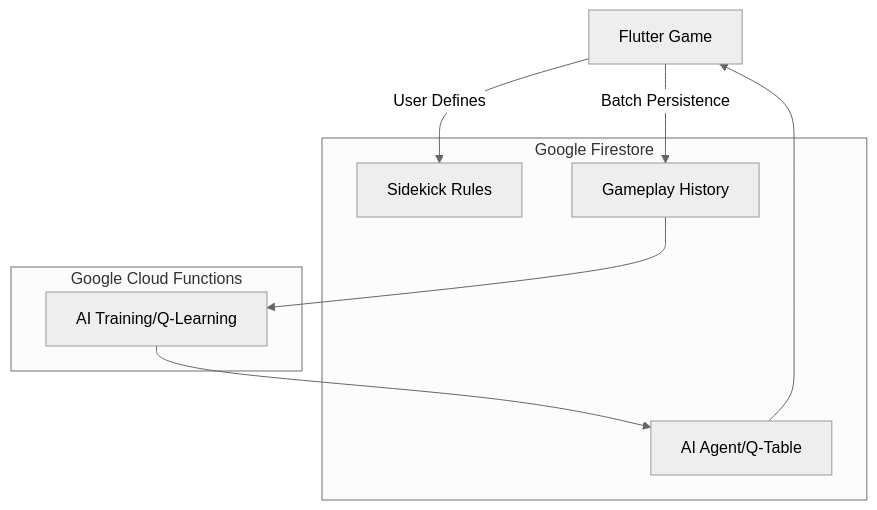
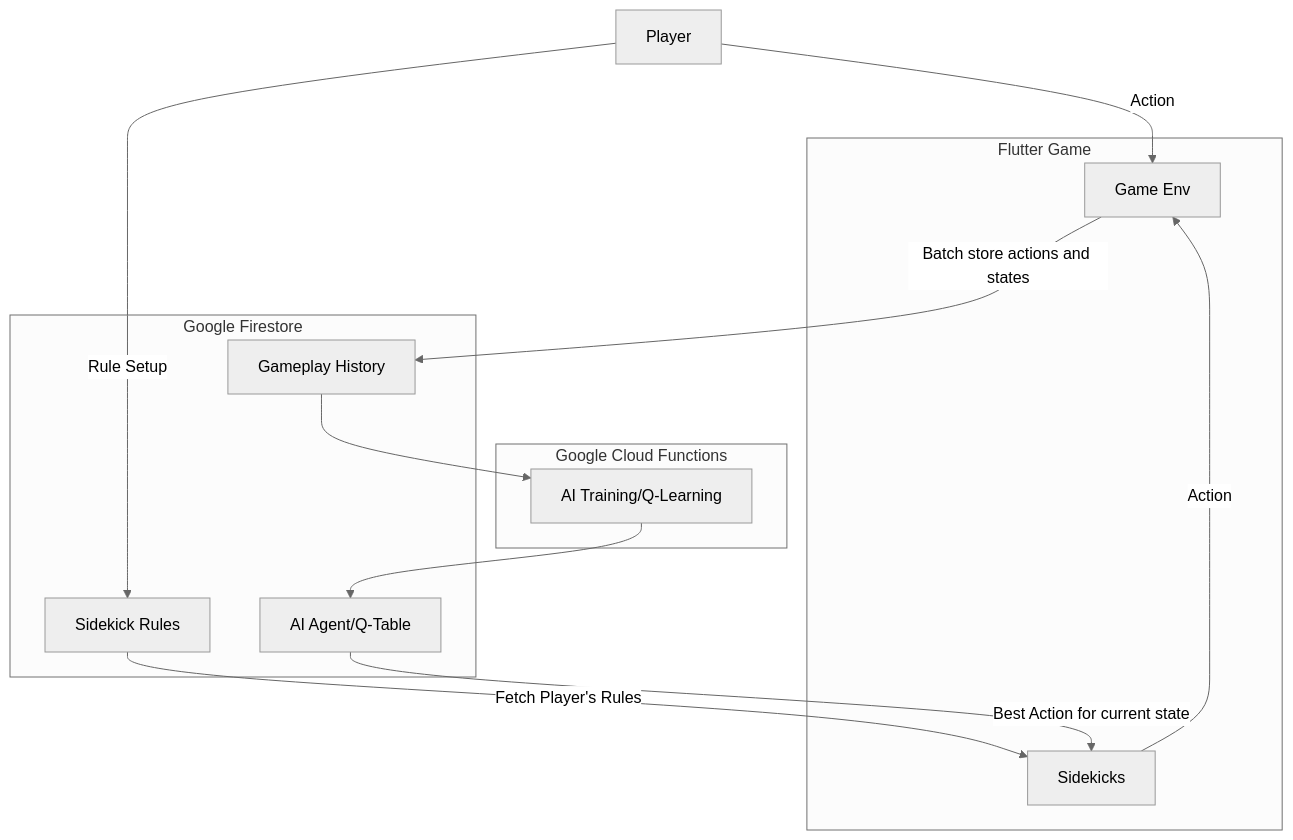
Before and after one commit to risheeboy/black_death: the diagram in README.md, drawn with Mermaid (neutral theme).

Commit message:
added game flow to diagram

````diff
--- a/README.md
+++ b/README.md
@@ -15,18 +15,26 @@
 ```mermaid
 graph TD
-    Game[Flutter Game] -->|User Defines| Rules[Sidekick Rules]
-    Game -->|Batch Persistence| Gameplay[Gameplay History]
+    Player -->|Action| Game[Game Env]
+    Player -->|Rule Setup| Rules[Sidekick Rules]
+    Rules -->|Fetch Player's Rules| Sidekick[Sidekicks]
+    Sidekick -->|Action| Game
+    Game -->|Batch store actions and states| Gameplay[Gameplay History]
     Gameplay --> Trainer[AI Training/Q-Learning]
     Trainer --> Agent[AI Agent/Q-Table]
-    Agent --> Game
+    Agent -->|Best Action for current state| Sidekick
 
     subgraph Google Firestore 
     Rules
     Gameplay
     Agent
     end
 
+    subgraph Flutter Game
+    Game
+    Sidekick
+    end
+
     subgraph Google Cloud Functions 
     Trainer
     end
 ```
````
